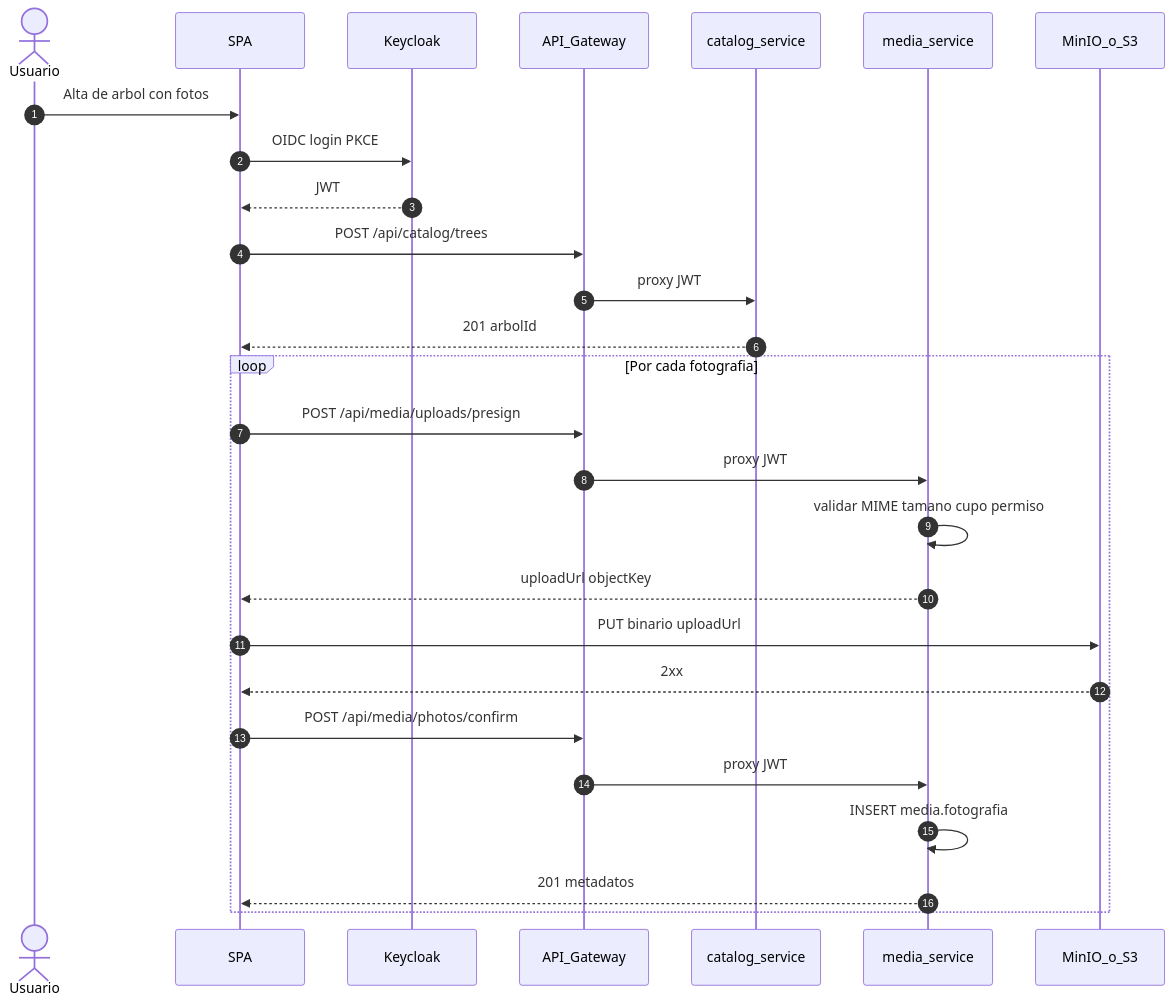
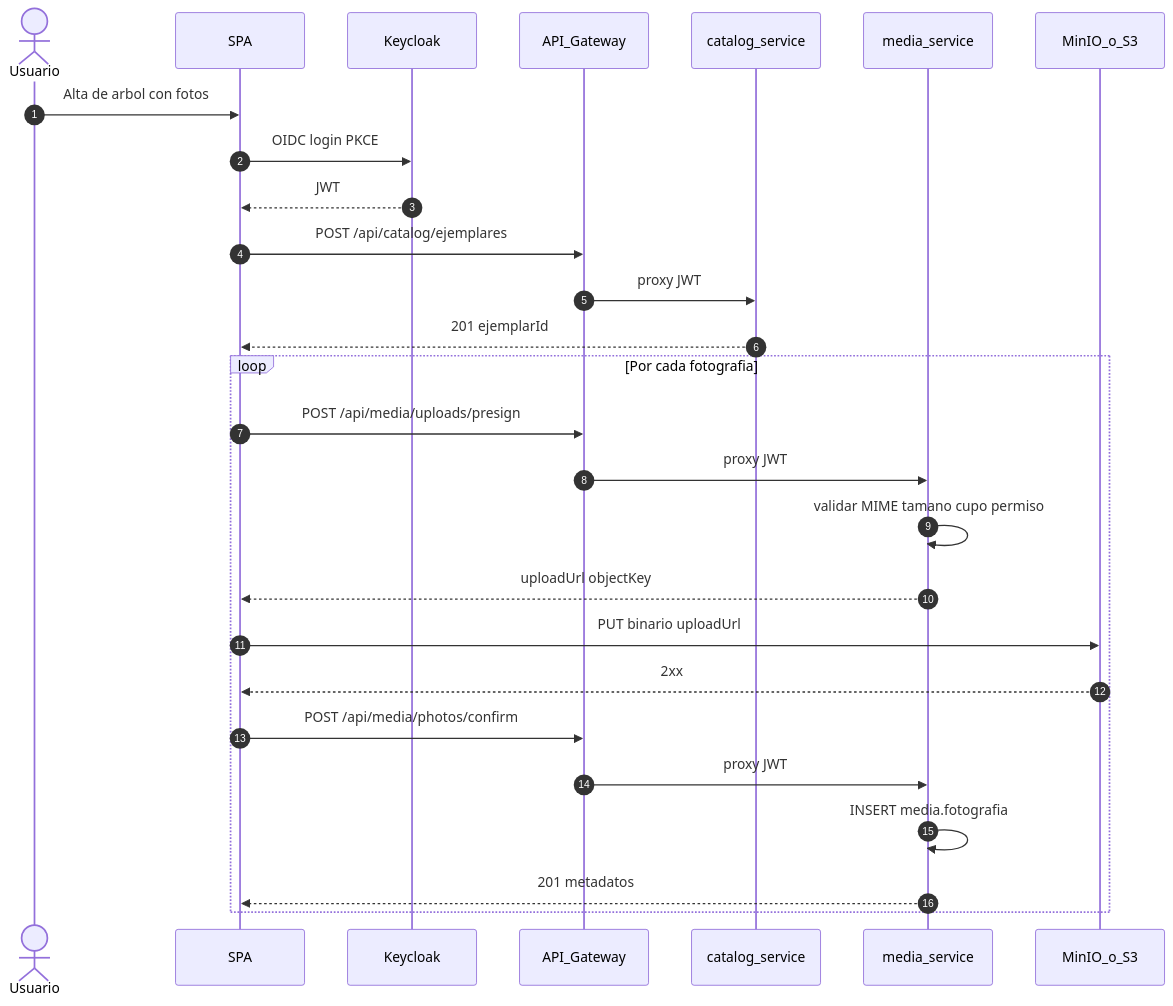
Before and after one commit to LIDR-academy/AI4Devs-finalproject: diagram 11 of 19 in readme.md, drawn with Mermaid. The commit also changed other lines of this file and 345 other files, not shown here.

````diff
--- a/readme.md
+++ b/readme.md
@@ -724,34 +724,34 @@
 ```mermaid
 sequenceDiagram
   autonumber
   actor U as Usuario
   participant SPA as SPA
   participant KC as Keycloak
   participant GW as API_Gateway
   participant CAT as catalog_service
   participant MS as media_service
   participant OBJ as MinIO_o_S3
 
   U->>SPA: Alta de arbol con fotos
   SPA->>KC: OIDC login PKCE
   KC-->>SPA: JWT
 
-  SPA->>GW: POST /api/catalog/trees
+  SPA->>GW: POST /api/catalog/ejemplares
   GW->>CAT: proxy JWT
-  CAT-->>SPA: 201 arbolId
+  CAT-->>SPA: 201 ejemplarId
 
   loop Por cada fotografia
     SPA->>GW: POST /api/media/uploads/presign
     GW->>MS: proxy JWT
     MS->>MS: validar MIME tamano cupo permiso
     MS-->>SPA: uploadUrl objectKey
 
     SPA->>OBJ: PUT binario uploadUrl
     OBJ-->>SPA: 2xx
 
     SPA->>GW: POST /api/media/photos/confirm
     GW->>MS: proxy JWT
     MS->>MS: INSERT media.fotografia
     MS-->>SPA: 201 metadatos
   end
 ```
````
